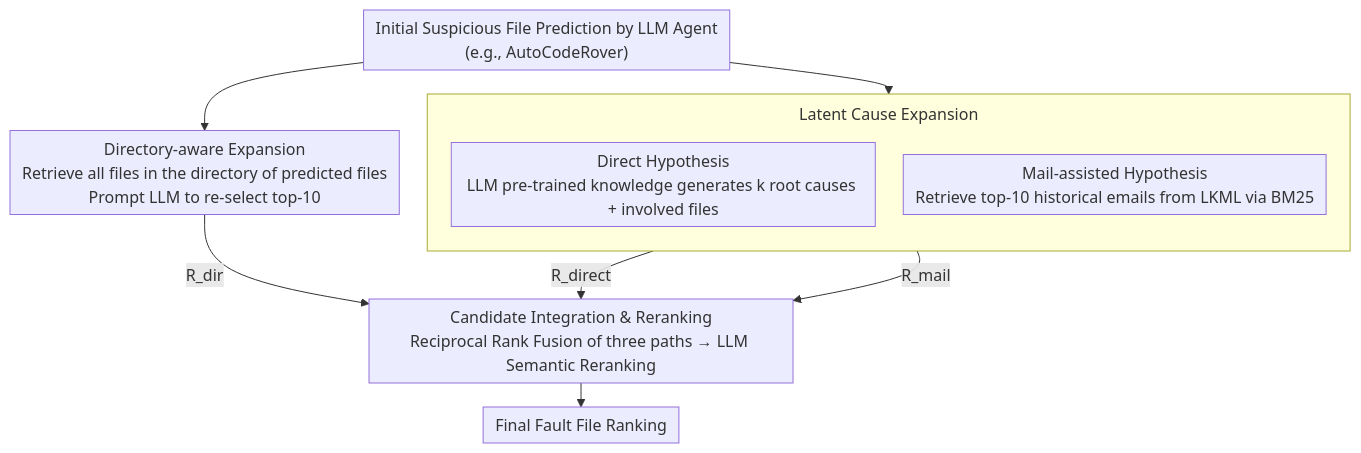
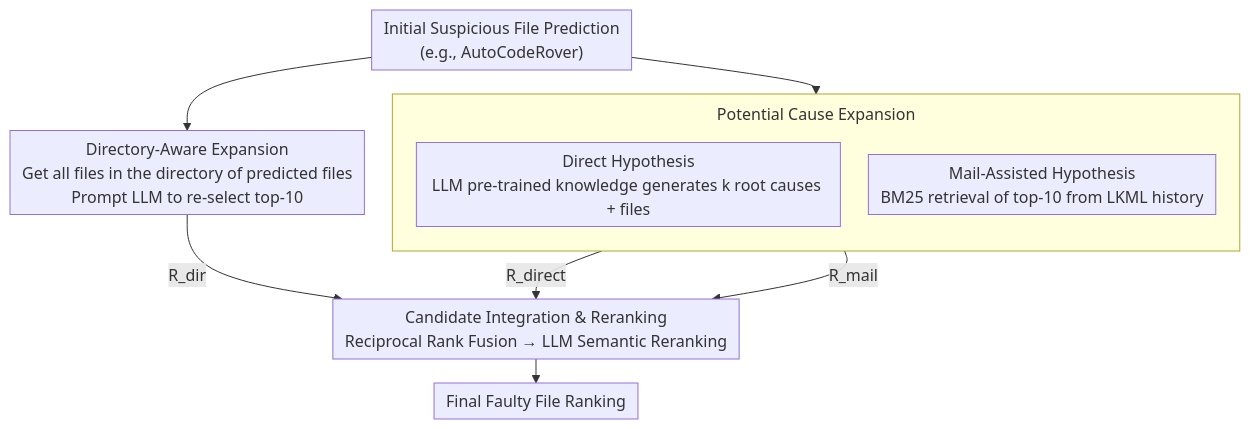
Before and after one commit to zhaoyang97/Paper-Notes-en: the diagram in docs/ACL2026/code_intelligence/taming_system_complexity_demystifying_software_engineering_agents_in_diagnosing_.md, drawn with Mermaid. The commit also changed other lines of this file and 5084 other files, not shown here.

````diff
--- a/docs/ACL2026/code_intelligence/taming_system_complexity_demystifying_software_engineering_agents_in_diagnosing_.md
+++ b/docs/ACL2026/code_intelligence/taming_system_complexity_demystifying_software_engineering_agents_in_diagnosing_.md
@@ -44,15 +44,15 @@
 ```mermaid
 %%{init: {'flowchart': {'rankSpacing': 24, 'nodeSpacing': 28, 'padding': 6, 'wrappingWidth': 400, 'subGraphTitleMargin': {'top': 8, 'bottom': 16}}}}%%
 flowchart TD
-    A["Initial Suspicious File Prediction by LLM Agent<br/>(e.g., AutoCodeRover)"] --> B["Directory-aware Expansion<br/>Retrieve all files in the directory of predicted files<br/>Prompt LLM to re-select top-10"]
+    A["Initial Suspicious File Prediction<br/>(e.g., AutoCodeRover)"] --> B["Directory-Aware Expansion<br/>Get all files in the directory of predicted files<br/>Prompt LLM to re-select top-10"]
     A --> C1
-    subgraph C["Latent Cause Expansion"]
+    subgraph C["Potential Cause Expansion"]
         direction TB
-        C1["Direct Hypothesis<br/>LLM pre-trained knowledge generates k root causes + involved files"]
-        C2["Mail-assisted Hypothesis<br/>Retrieve top-10 historical emails from LKML via BM25"]
+        C1["Direct Hypothesis<br/>LLM pre-trained knowledge generates k root causes + files"]
+        C2["Mail-Assisted Hypothesis<br/>BM25 retrieval of top-10 from LKML history"]
     end
     B -->|"R_dir"| D
     C1 -->|"R_direct"| D
     C2 -->|"R_mail"| D
-    D["Candidate Integration & Reranking<br/>Reciprocal Rank Fusion of three paths → LLM Semantic Reranking"] --> E["Final Fault File Ranking"]
+    D["Candidate Integration & Reranking<br/>Reciprocal Rank Fusion → LLM Semantic Reranking"] --> E["Final Faulty File Ranking"]
 ```
````
